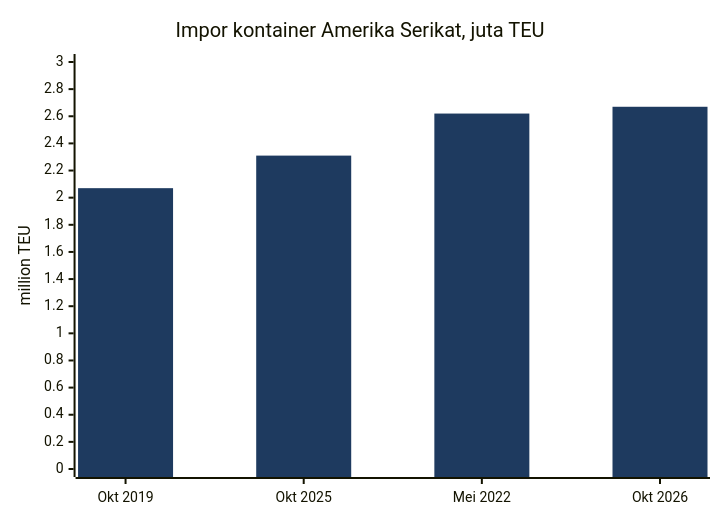
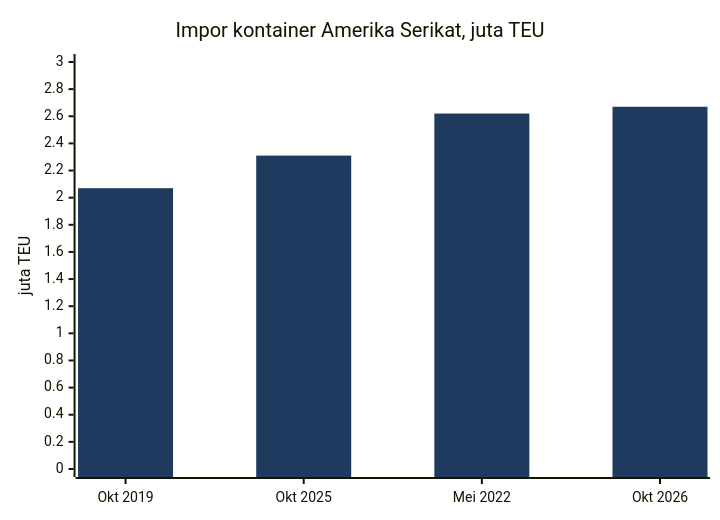
Diagram 11 of 13 in Global-Trade-Intelligence-weekly-2026-11-16/index.id.md (dureach/research), drawn with Mermaid before and after one commit. The commit also changed other lines of this file and 5 other files, not shown here.

````diff
--- a/Global-Trade-Intelligence-weekly-2026-11-16/index.id.md
+++ b/Global-Trade-Intelligence-weekly-2026-11-16/index.id.md
@@ -556,8 +556,8 @@
 ```mermaid
 %%{init: {'theme': 'base', 'themeVariables': {'xyChart': {'plotColorPalette': '#1e3a5f'}}}}%%
 xychart-beta
     title "Impor kontainer Amerika Serikat, juta TEU"
     x-axis ["Okt 2019", "Okt 2025", "Mei 2022", "Okt 2026"]
-    y-axis "million TEU" 0 --> 3
+    y-axis "juta TEU" 0 --> 3
     bar [2.07, 2.31, 2.62, 2.67]
 ```
````
